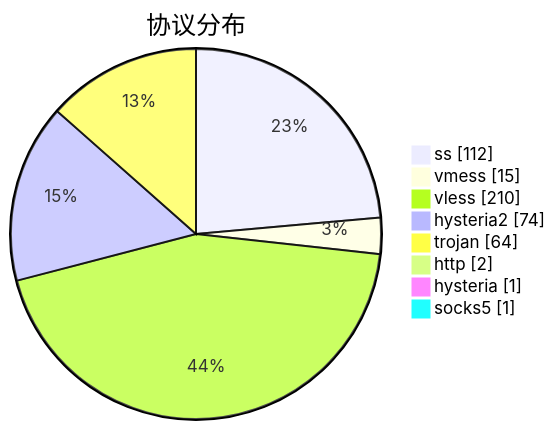
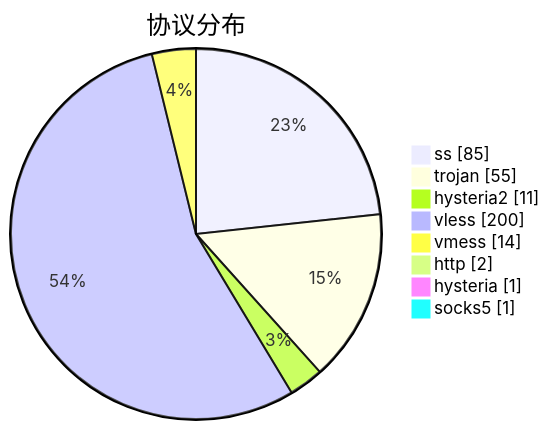
Before and after one commit to sinspired/airport: the third of 3 diagrams in subs/statistics/tested_within.md, drawn with Mermaid. The commit also changed other lines of this file and 2 other files, not shown here.

````diff
--- a/subs/statistics/tested_within.md
+++ b/subs/statistics/tested_within.md
@@ -52,12 +42,12 @@
 ```mermaid
 pie showData
 title 协议分布
-"ss" : 112
-"vmess" : 15
-"vless" : 210
-"hysteria2" : 74
-"trojan" : 64
+"ss" : 85
+"trojan" : 55
+"hysteria2" : 11
+"vless" : 200
+"vmess" : 14
 "http" : 2
 "hysteria" : 1
 "socks5" : 1
 ```
````
